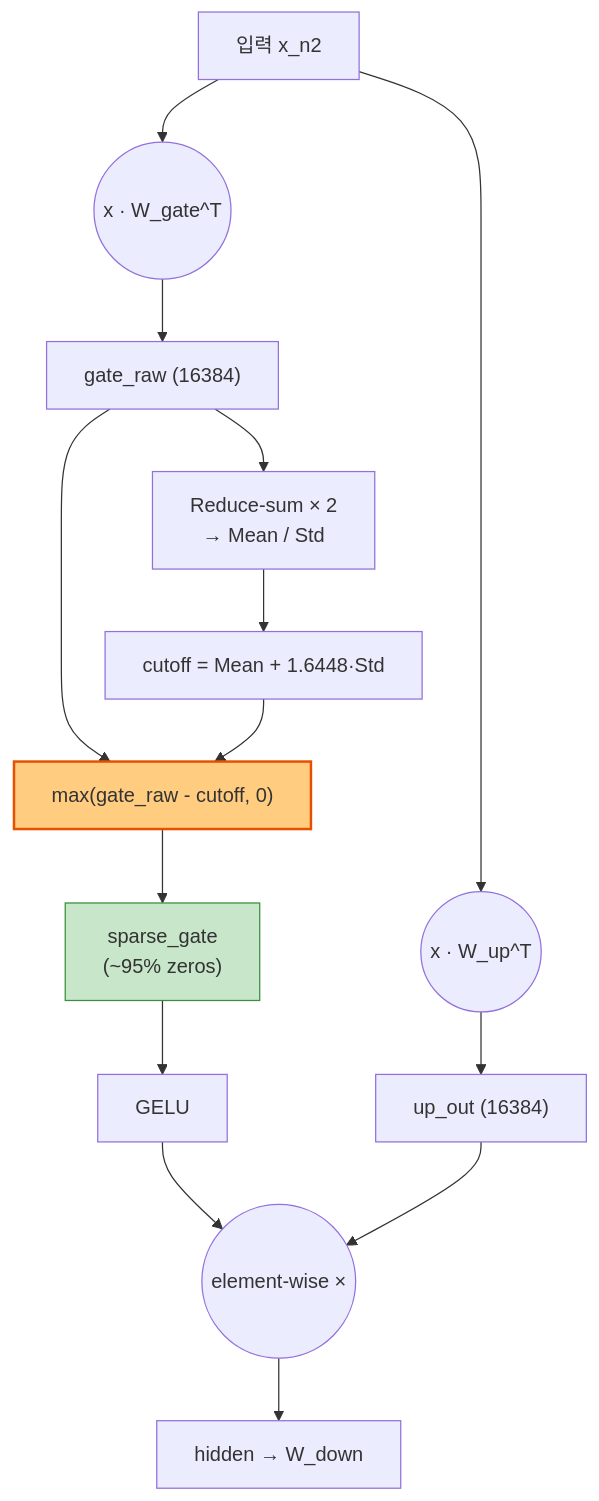
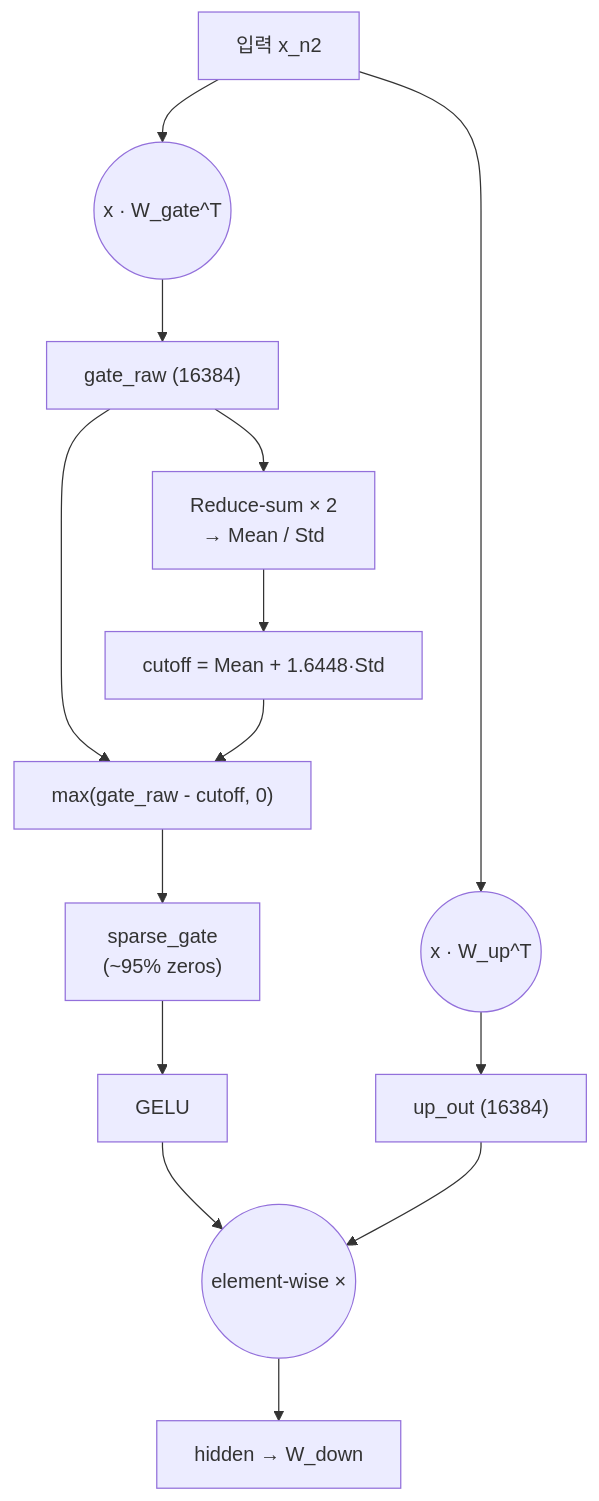
Before and after one commit to hwkim-dev/uCA: the diagram in ko/docs/v002/Models/gemma3n_ffn_sparsity.rst, drawn with Mermaid. The commit also changed 3 other files, not shown here.

First line of the commit message:
docs(ko): Mermaid 다이어그램의 하드코딩 색상 제거 (dark-mode 대응)

```diff
--- a/ko/docs/v002/Models/gemma3n_ffn_sparsity.rst
+++ b/ko/docs/v002/Models/gemma3n_ffn_sparsity.rst
@@ -51,18 +51,16 @@
 .. mermaid::
 
    flowchart TD
        X["입력 x_n2"] --> GateOp(("x · W_gate^T"))
        GateOp --> GateOut["gate_raw (16384)"]
        GateOut --> CalcStats["Reduce-sum × 2<br/>→ Mean / Std"]
        CalcStats --> Threshold["cutoff = Mean + 1.6448·Std"]
        GateOut --> FilterOp
        Threshold --> FilterOp["max(gate_raw - cutoff, 0)"]
        FilterOp --> SparseGate["sparse_gate<br/>(~95% zeros)"]
        SparseGate --> GELU["GELU"]
        GELU --> MultOp(("element-wise ×"))
        X --> UpOp(("x · W_up^T"))
        UpOp --> UpOut["up_out (16384)"]
        UpOut --> MultOp
        MultOp --> FFN_Mid["hidden → W_down"]
-       style FilterOp fill:#ffcc80,stroke:#e65100,stroke-width:2px
-       style SparseGate fill:#c8e6c9,stroke:#388e3c
```
